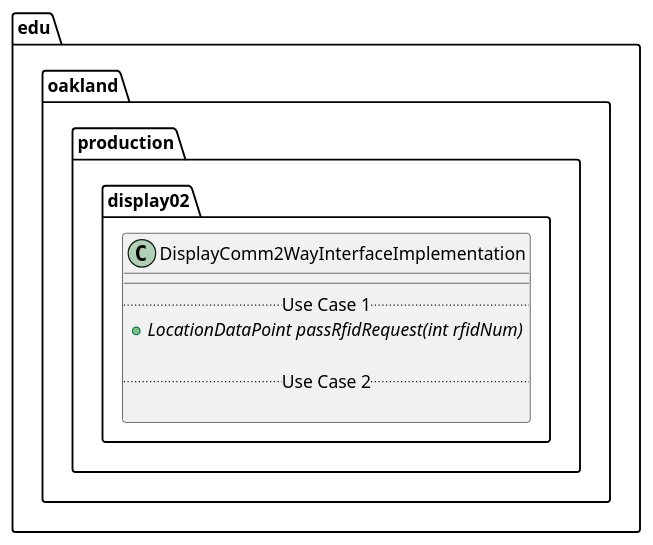
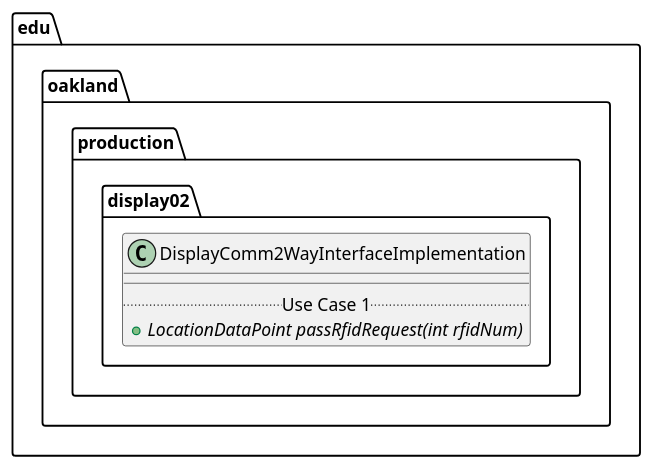
One commit to andrewdimmer/csi-3370-software-project changed the diagram in docs/uml-class-diagrams/display02/production/DisplayComm2WayInterfaceImplementation/DisplayComm2WayInterfaceImplementation.puml. Above: the diagram before and after it, drawn with PlantUML. The commit also changed 46 other files, not shown here.

Commit message:
[Display_02] Set Up Test Class UML File Structure

```diff
--- a/docs/uml-class-diagrams/display02/production/DisplayComm2WayInterfaceImplementation/DisplayComm2WayInterfaceImplementation.puml
+++ b/docs/uml-class-diagrams/display02/production/DisplayComm2WayInterfaceImplementation/DisplayComm2WayInterfaceImplementation.puml
@@ -1,14 +1,11 @@
 @startuml DisplayComm2WayInterfaceImplementation
 
 package edu.oakland.production.display02 {
     class DisplayComm2WayInterfaceImplementation {
         __
         .. Use Case 1 ..
         {abstract} + LocationDataPoint passRfidRequest(int rfidNum)
-
-        .. Use Case 2 ..
-
     }
 }
 
 @enduml
```
